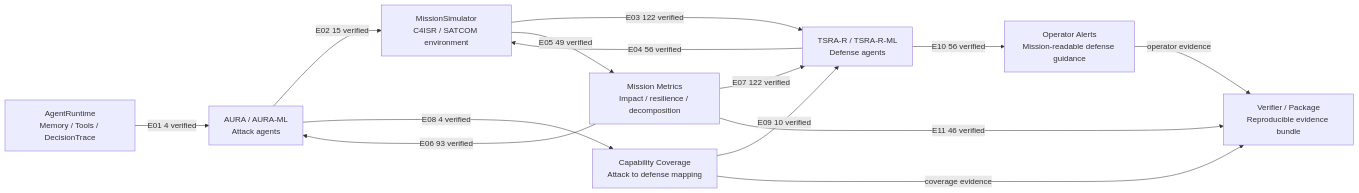
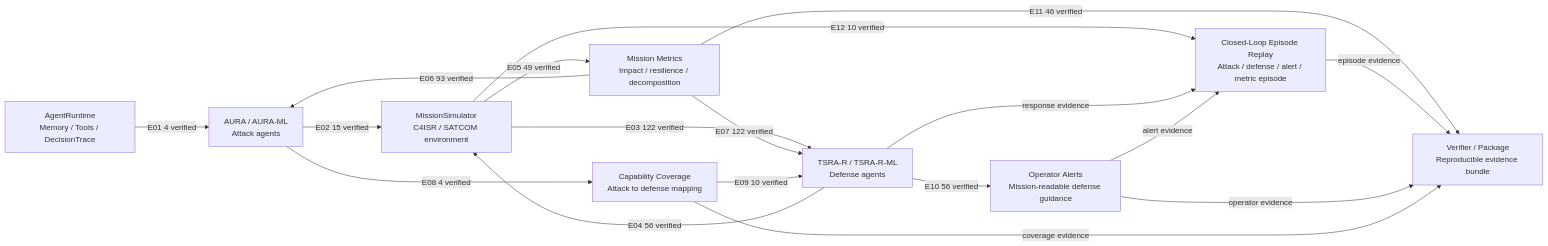
Before and after one commit to Hbin77/LIG_DAH_AGI: the diagram in outputs/report_tables/agent_collaboration_graph.md, drawn with Mermaid. The commit also changed other lines of this file and 19 other files, not shown here.

Commit message:
Add closed-loop episode replay

````diff
--- a/outputs/report_tables/agent_collaboration_graph.md
+++ b/outputs/report_tables/agent_collaboration_graph.md
@@ -7,24 +7,29 @@
 ```mermaid
 flowchart LR
   Runtime[AgentRuntime\nMemory / Tools / DecisionTrace]
   Aura[AURA / AURA-ML\nAttack agents]
   Sim[MissionSimulator\nC4ISR / SATCOM environment]
   Tsra[TSRA-R / TSRA-R-ML\nDefense agents]
   Metrics[Mission Metrics\nImpact / resilience / decomposition]
   Alerts[Operator Alerts\nMission-readable defense guidance]
   Coverage[Capability Coverage\nAttack to defense mapping]
+  Replay[Closed-Loop Episode Replay\nAttack / defense / alert / metric episode]
   Verifier[Verifier / Package\nReproducible evidence bundle]
   Runtime -->|E01 4 verified| Aura
   Aura -->|E02 15 verified| Sim
   Sim -->|E03 122 verified| Tsra
   Tsra -->|E04 56 verified| Sim
   Sim -->|E05 49 verified| Metrics
   Metrics -->|E06 93 verified| Aura
   Metrics -->|E07 122 verified| Tsra
   Aura -->|E08 4 verified| Coverage
   Coverage -->|E09 10 verified| Tsra
   Tsra -->|E10 56 verified| Alerts
   Metrics -->|E11 46 verified| Verifier
+  Sim -->|E12 10 verified| Replay
+  Tsra -->|response evidence| Replay
+  Alerts -->|alert evidence| Replay
+  Replay -->|episode evidence| Verifier
   Alerts -->|operator evidence| Verifier
   Coverage -->|coverage evidence| Verifier
 ```
````
